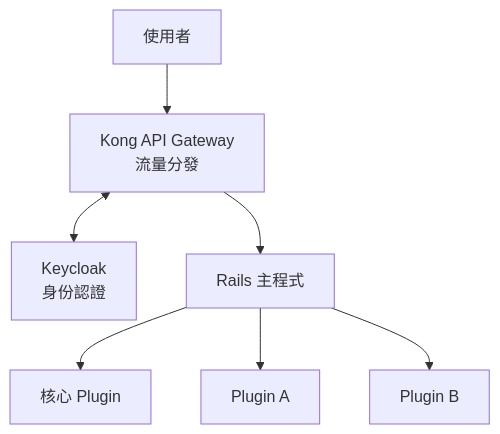
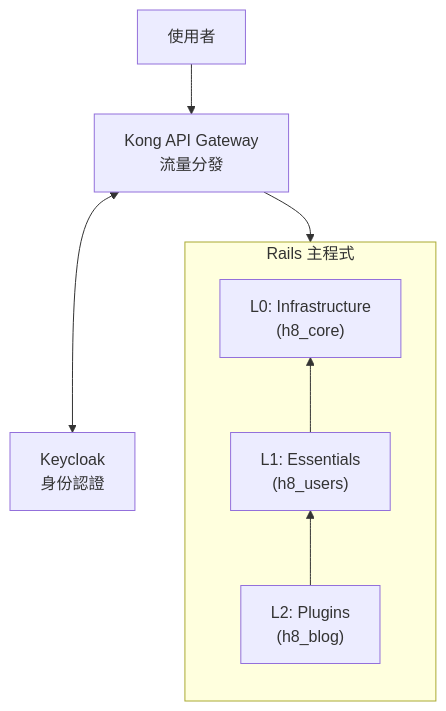
Before and after one commit to lmanliang/h8: the diagram in README.md, drawn with Mermaid. The commit also changed other lines of this file and 2 other files, not shown here.

Commit message:
更新系統架構與權限機制文檔，調整 Plugin 分類與層級說明，強化資料存取層規範

````diff
--- a/README.md
+++ b/README.md
@@ -22,17 +22,20 @@
 ```mermaid
 flowchart TB
     User[使用者]
     Kong[Kong API Gateway<br/>流量分發]
     Keycloak[Keycloak<br/>身份認證]
-    Rails[Rails 主程式]
-    CorePlugin[核心 Plugin]
-    PluginA[Plugin A]
-    PluginB[Plugin B]
+    
+    subgraph Rails[Rails 主程式]
+        direction BT
+        L0["L0: Infrastructure<br/>(h8_core)"]
+        L1["L1: Essentials<br/>(h8_users)"]
+        L2["L2: Plugins<br/>(h8_blog)"]
+        
+        L2 --> L1
+        L1 --> L0
+    end
 
     User --> Kong
     Kong --> Rails
     Kong <--> Keycloak
-    Rails --> CorePlugin
-    Rails --> PluginA
-    Rails --> PluginB
 ```
````
